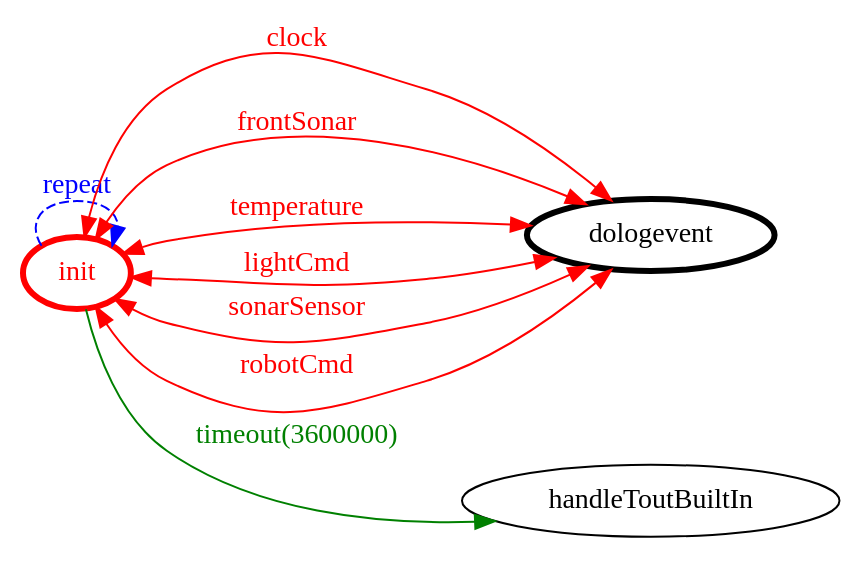
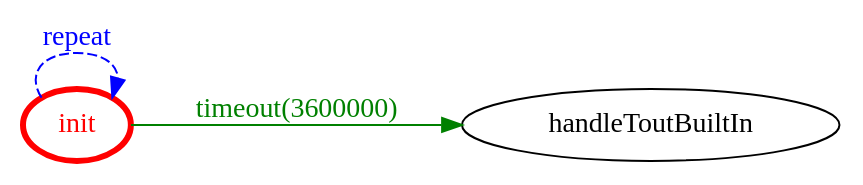
Before and after one commit to FFrabetti/ProgettoISS_relazione: the diagram in it.unibo.finalTask2018/srcMore/it/unibo/ralogger/ralogger.gv, drawn with Graphviz. The commit also changed 19 other files, not shown here.

```diff
--- a/it.unibo.finalTask2018/srcMore/it/unibo/ralogger/ralogger.gv
+++ b/it.unibo.finalTask2018/srcMore/it/unibo/ralogger/ralogger.gv
@@ -1,23 +1,16 @@
 /*
 *
 * A GraphViz DOT FSM description 
 * Please use a GraphViz visualizer (like http://www.webgraphviz.com)
 *  
 */
 
 digraph finite_state_machine {
 	rankdir=LR
 	size="8,5"
 	
 	init [ color = red ][ fontcolor = red ][ penwidth = 3 ]
-	dologevent [ color = black ][ fontcolor = black ][ penwidth = 3 ]
 	
 	init -> handleToutBuiltIn [ label = "timeout(3600000)" ][ color = green ][ fontcolor = green ]
-	init -> dologevent [ label = "clock" ][ color = red ][ fontcolor = red ][ dir = both ]
 	init -> init [ label = "repeat "][ style = dashed ][ color = blue ][ fontcolor = blue ]
-	init -> dologevent [ label = "frontSonar" ][ color = red ][ fontcolor = red ][ dir = both ]
-	init -> dologevent [ label = "temperature" ][ color = red ][ fontcolor = red ][ dir = both ]
-	init -> dologevent [ label = "lightCmd" ][ color = red ][ fontcolor = red ][ dir = both ]
-	init -> dologevent [ label = "sonarSensor" ][ color = red ][ fontcolor = red ][ dir = both ]
-	init -> dologevent [ label = "robotCmd" ][ color = red ][ fontcolor = red ][ dir = both ]
 }
```
